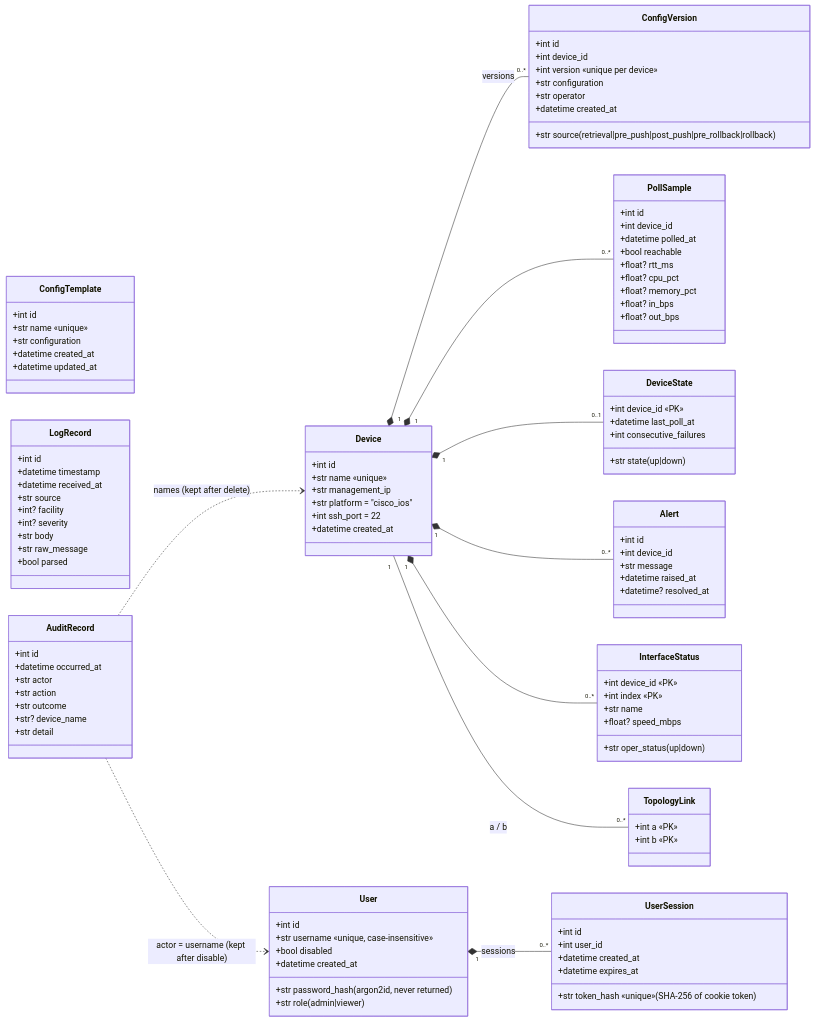
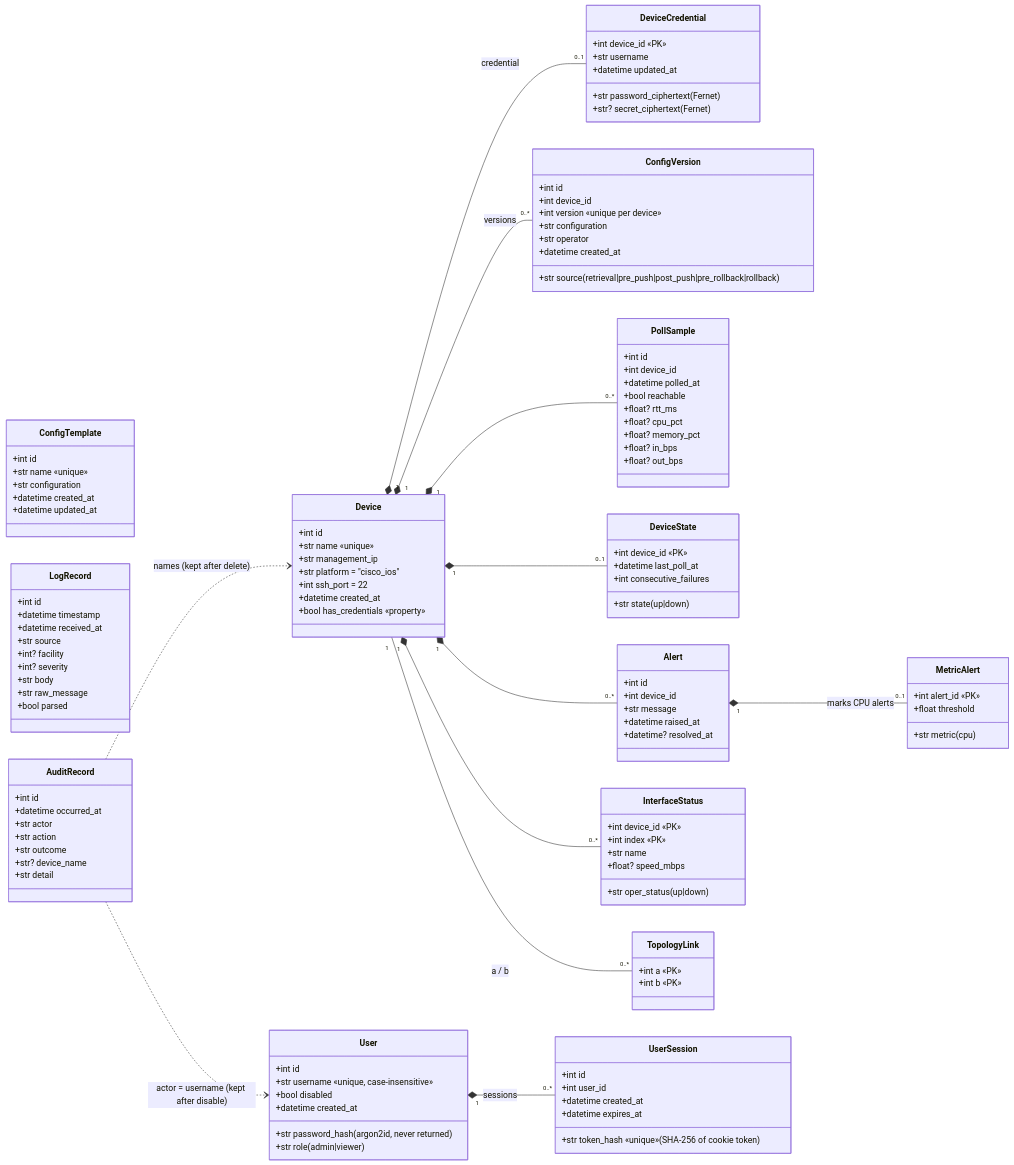
One commit to SeidaSecurity/CS-4398F26 changed the first of 3 diagrams in docs/design/class-diagram.md. Above: the diagram before and after it, drawn with Mermaid. The commit also changed other lines of this file and 9 other files, not shown here.

```diff
--- a/docs/design/class-diagram.md
+++ b/docs/design/class-diagram.md
@@ -15,6 +15,14 @@
         +str platform = "cisco_ios"
         +int ssh_port = 22
         +datetime created_at
+        +bool has_credentials «property»
+    }
+    class DeviceCredential {
+        +int device_id «PK»
+        +str username
+        +str password_ciphertext  (Fernet)
+        +str? secret_ciphertext  (Fernet)
+        +datetime updated_at
     }
     class ConfigVersion {
         +int id
@@ -56,6 +64,11 @@
         +datetime raised_at
         +datetime? resolved_at
     }
+    class MetricAlert {
+        +int alert_id «PK»
+        +str metric  (cpu)
+        +float threshold
+    }
     class InterfaceStatus {
         +int device_id «PK»
         +int index «PK»
@@ -92,6 +105,8 @@
     Device "1" *-- "0..*" PollSample
     Device "1" *-- "0..1" DeviceState
     Device "1" *-- "0..*" Alert
+    Device "1" *-- "0..1" DeviceCredential : credential
+    Alert "1" *-- "0..1" MetricAlert : marks CPU alerts
     Device "1" *-- "0..*" InterfaceStatus
     Device "1" -- "0..*" TopologyLink : a / b
     AuditRecord ..> Device : names (kept after delete)
```
